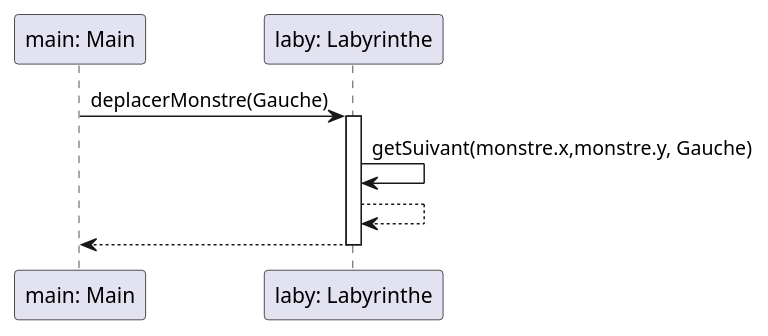
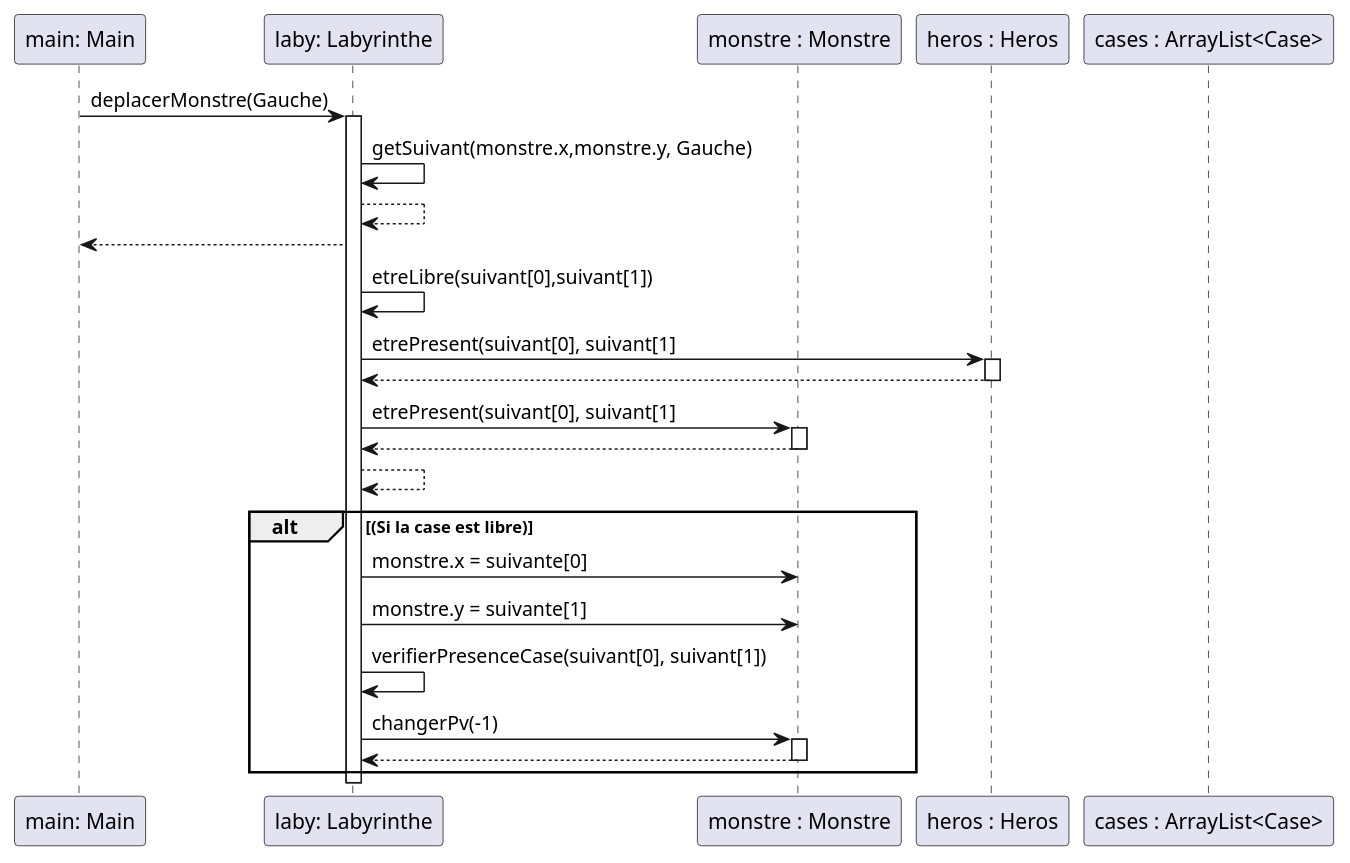
One commit to Stephane-Lpt/SAE_2.01_Zeldiablo changed the diagram in documents/version_3/diagSeq_marcherSurCasePiegeesDeclencheurs.puml. Above: the diagram before and after it, drawn with PlantUML.

Commit message:
Mise à jour du diag Sequence de deplacerMonstre avec les cases

```diff
--- a/documents/version_3/diagSeq_marcherSurCasePiegeesDeclencheurs.puml
+++ b/documents/version_3/diagSeq_marcherSurCasePiegeesDeclencheurs.puml
@@ -1,13 +1,36 @@
 @startuml
 participant "main: Main" as main
 participant "laby: Labyrinthe" as laby
+participant "monstre : Monstre" as monstre
+participant "heros : Heros" as heros
+participant "cases : ArrayList<Case>" as case
 
 main -> laby : deplacerMonstre(Gauche)
 
 activate laby
     laby -> laby : getSuivant(monstre.x,monstre.y, Gauche)
     laby --> laby
     main <-- laby
+    laby -> laby : etreLibre(suivant[0],suivant[1])
+    laby -> heros : etrePresent(suivant[0], suivant[1]
+    activate heros
+        laby <-- heros
+    deactivate heros
+    laby -> monstre : etrePresent(suivant[0], suivant[1]
+    activate monstre
+        laby <-- monstre
+    deactivate monstre
+    laby --> laby
+    alt (Si la case est libre)
+            laby -> monstre: monstre.x = suivante[0]
+            laby -> monstre: monstre.y = suivante[1]
+            laby -> laby : verifierPresenceCase(suivant[0], suivant[1])
+            laby -> monstre : changerPv(-1)
+            activate monstre
+                laby <-- monstre
+            deactivate monstre
+
+    end
 deactivate laby
 
 @enduml
```
